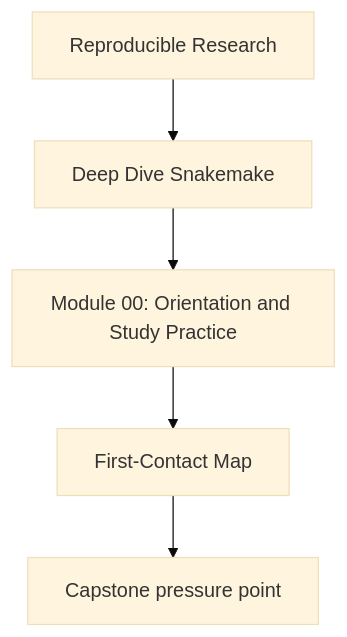
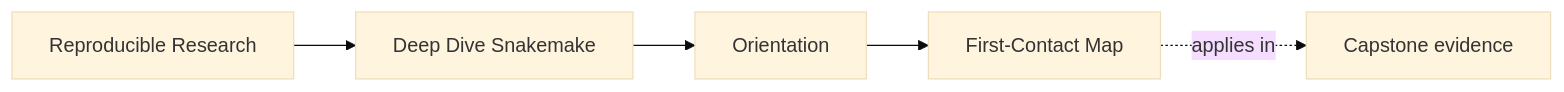
The first of 2 diagrams in programs/reproducible-research/deep-dive-snakemake/course-book/module-00-orientation/first-contact-map.md (bijux/bijux-masterclass), drawn with Mermaid (base theme) before and after one commit. The commit also changed other lines of this file and 149 other files, not shown here.

Commit message:
docs(deep-dive-snakemake): map workflow proof and operations surfaces

````diff
--- a/programs/reproducible-research/deep-dive-snakemake/course-book/module-00-orientation/first-contact-map.md
+++ b/programs/reproducible-research/deep-dive-snakemake/course-book/module-00-orientation/first-contact-map.md
@@ -6,7 +6,11 @@
 ```mermaid
-flowchart TD
-  family["Reproducible Research"] --> program["Deep Dive Snakemake"]
-  program --> module["Module 00: Orientation and Study Practice"]
-  module --> concept["First-Contact Map"]
-  concept --> capstone["Capstone pressure point"]
+graph LR
+  family["Reproducible Research"]
+  program["Deep Dive Snakemake"]
+  section["Orientation"]
+  page["First-Contact Map"]
+  capstone["Capstone evidence"]
+
+  family --> program --> section --> page
+  page -.applies in.-> capstone
 ```
````
